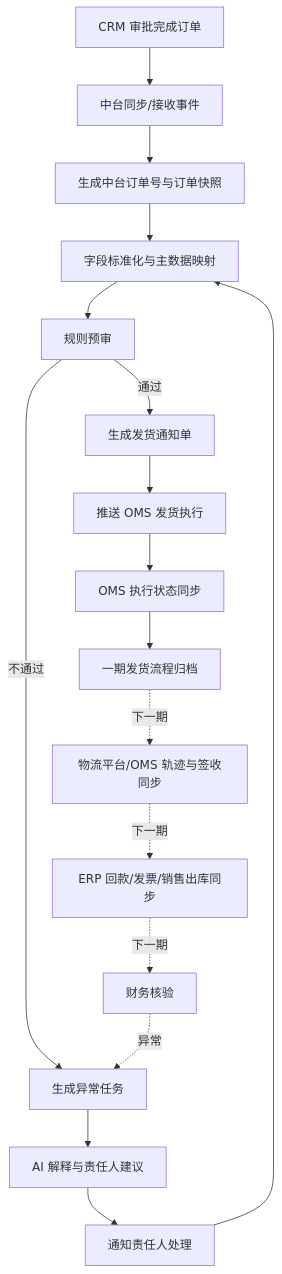
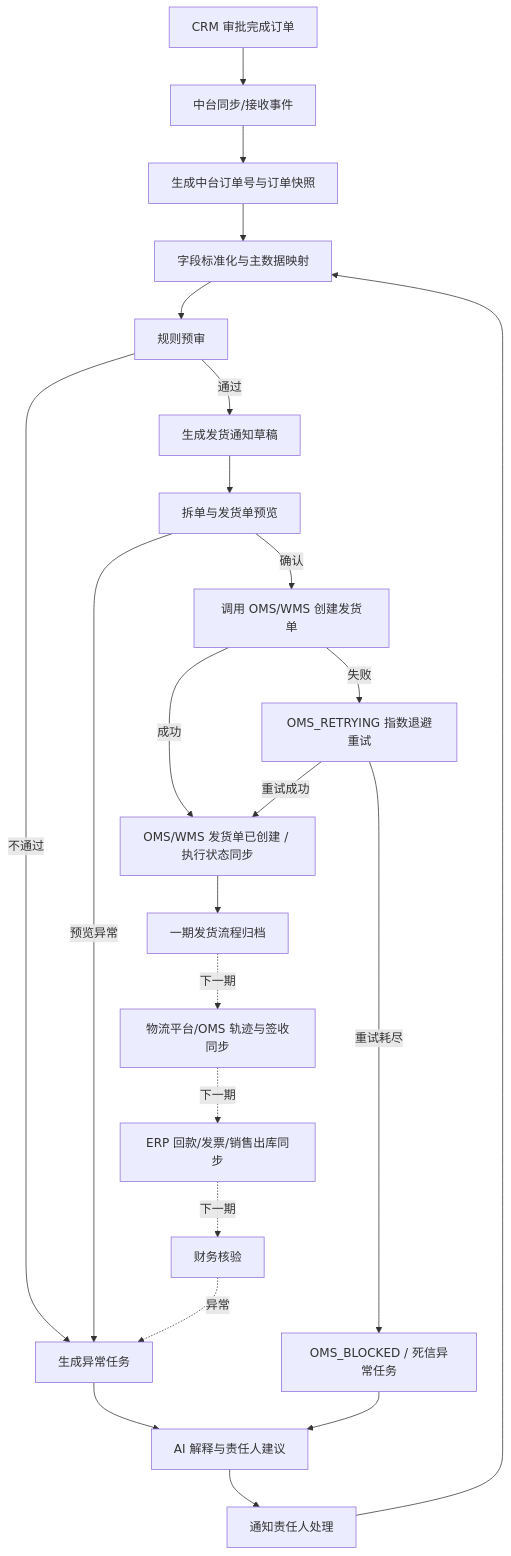
The first of 2 diagrams in docs/v2-order-middle-platform-design.md (kaimw/jm-sp-bot), drawn with Mermaid before and after one commit. The commit also changed other lines of this file and 40 other files, not shown here.

````diff
--- a/docs/v2-order-middle-platform-design.md
+++ b/docs/v2-order-middle-platform-design.md
@@ -99,19 +134,25 @@
 ```mermaid
 flowchart TD
   A["CRM 审批完成订单"] --> B["中台同步/接收事件"]
   B --> C["生成中台订单号与订单快照"]
   C --> D["字段标准化与主数据映射"]
   D --> E["规则预审"]
-  E -->|通过| F["生成发货通知单"]
+  E -->|通过| F["生成发货通知草稿"]
   E -->|不通过| G["生成异常任务"]
   G --> H["AI 解释与责任人建议"]
   H --> I["通知责任人处理"]
   I --> D
-  F --> J["推送 OMS 发货执行"]
-  J --> K["OMS 执行状态同步"]
+  F --> P["拆单与发货单预览"]
+  P -->|确认| J["调用 OMS/WMS 创建发货单"]
+  P -->|预览异常| G
+  J -->|成功| K["OMS/WMS 发货单已创建 / 执行状态同步"]
+  J -->|失败| R["OMS_RETRYING 指数退避重试"]
+  R -->|重试成功| K
+  R -->|重试耗尽| Q["OMS_BLOCKED / 死信异常任务"]
+  Q --> H
   K --> L["一期发货流程归档"]
   L -.下一期.-> M["物流平台/OMS 轨迹与签收同步"]
   M -.下一期.-> N["ERP 回款/发票/销售出库同步"]
   N -.下一期.-> O["财务核验"]
   O -.异常.-> G
 ```
````
